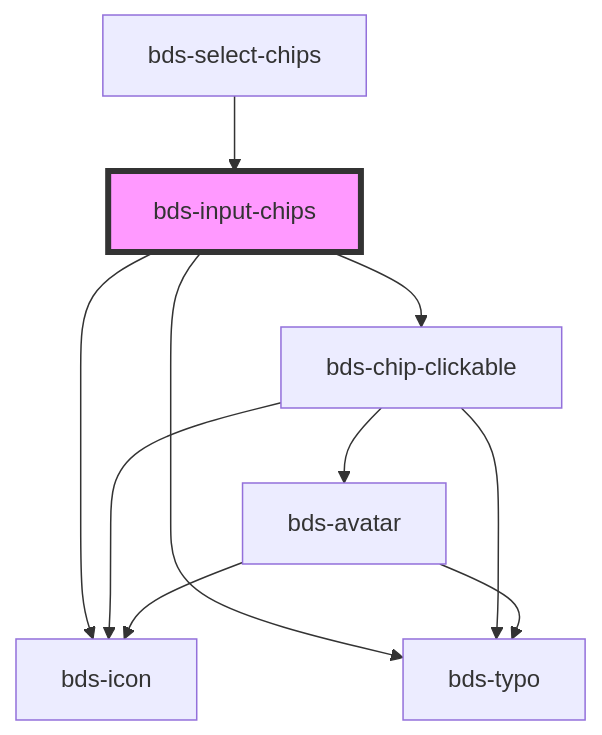
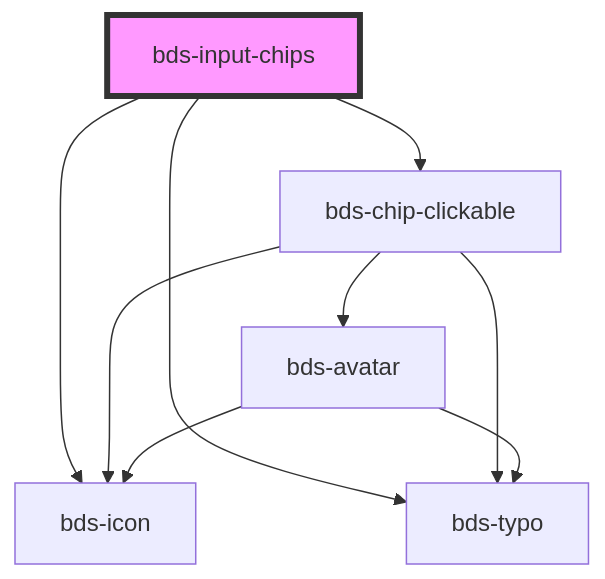
The diagram in src/components/input-chips/readme.md (takenet/blip-ds), drawn with Mermaid before and after one commit. The commit also changed other lines of this file and 6 other files, not shown here.

Commit message:
fix(select-chips): uncapsulate input from select-chips

````diff
--- a/src/components/input-chips/readme.md
+++ b/src/components/input-chips/readme.md
@@ -126,13 +122,12 @@
 ```mermaid
 graph TD;
   bds-input-chips --> bds-chip-clickable
   bds-input-chips --> bds-icon
   bds-input-chips --> bds-typo
   bds-chip-clickable --> bds-icon
   bds-chip-clickable --> bds-avatar
   bds-chip-clickable --> bds-typo
   bds-avatar --> bds-typo
   bds-avatar --> bds-icon
-  bds-select-chips --> bds-input-chips
   style bds-input-chips fill:#f9f,stroke:#333,stroke-width:4px
 ```
````
